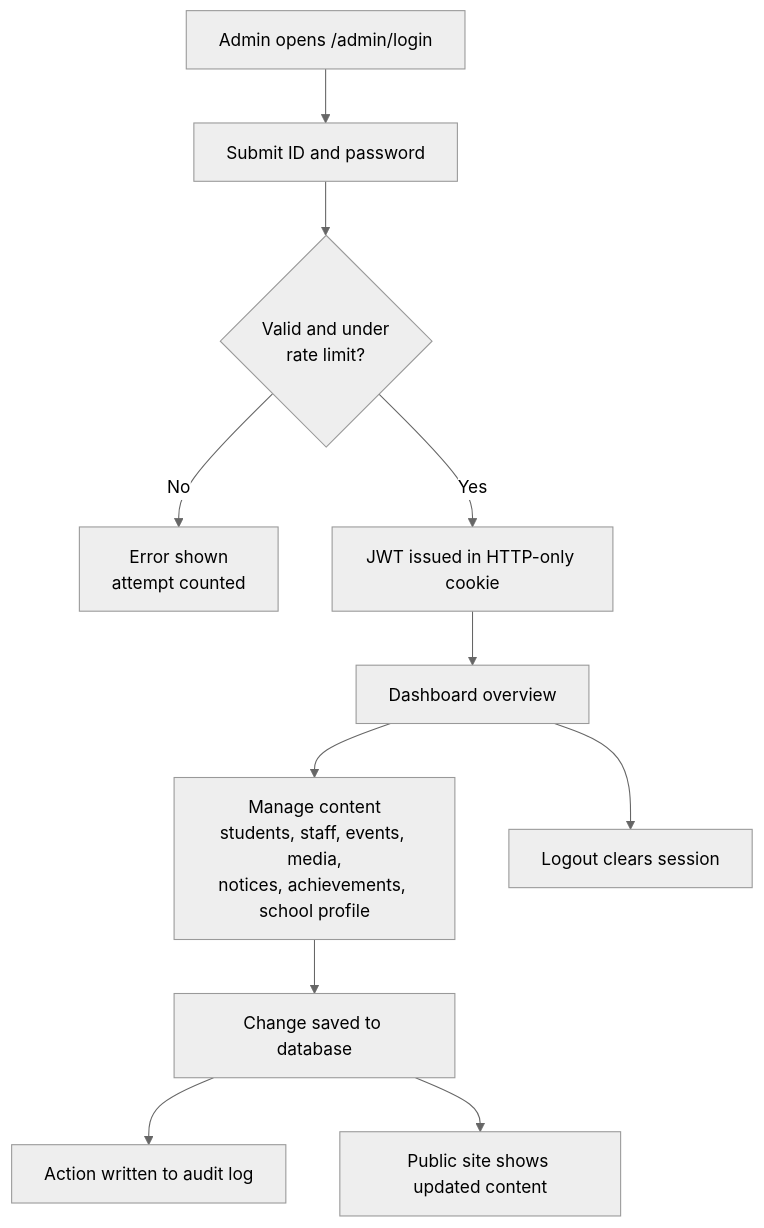
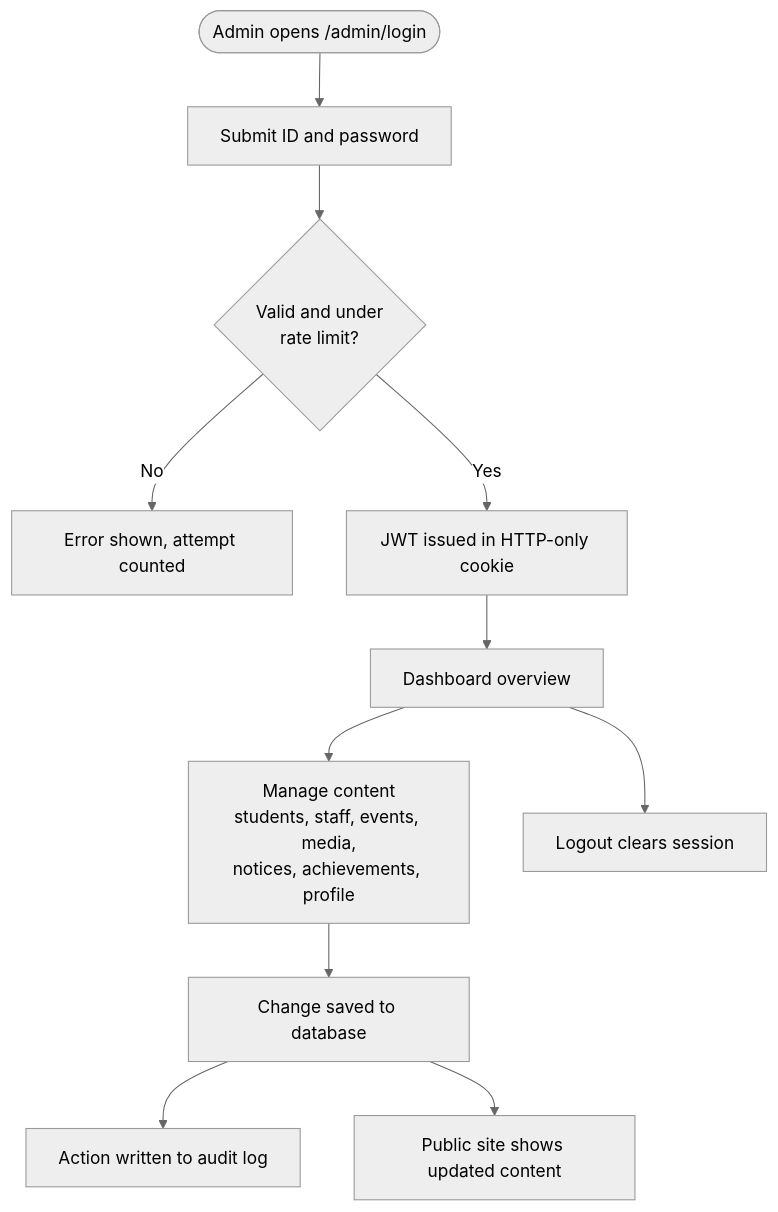
One commit to MahalaxmiKouchika/TSMS-dashboard changed the fourth of 6 diagrams in README.md. Above: the diagram before and after it, drawn with Mermaid (neutral theme). The commit also changed other lines of this file, not shown here.

````diff
--- a/README.md
+++ b/README.md
@@ -407,13 +475,13 @@
 ```mermaid
 flowchart TD
-    A[Admin opens /admin/login] --> B[Submit ID and password]
+    A([Admin opens /admin/login]) --> B[Submit ID and password]
     B --> C{Valid and under<br/>rate limit?}
-    C -->|No| D[Error shown<br/>attempt counted]
+    C -->|No| D[Error shown, attempt counted]
     C -->|Yes| E[JWT issued in HTTP-only cookie]
     E --> F[Dashboard overview]
-    F --> G[Manage content<br/>students, staff, events, media,<br/>notices, achievements, school profile]
+    F --> G[Manage content<br/>students, staff, events, media,<br/>notices, achievements, profile]
     G --> H[Change saved to database]
     H --> I[Action written to audit log]
     H --> J[Public site shows updated content]
     F --> K[Logout clears session]
 ```
````
